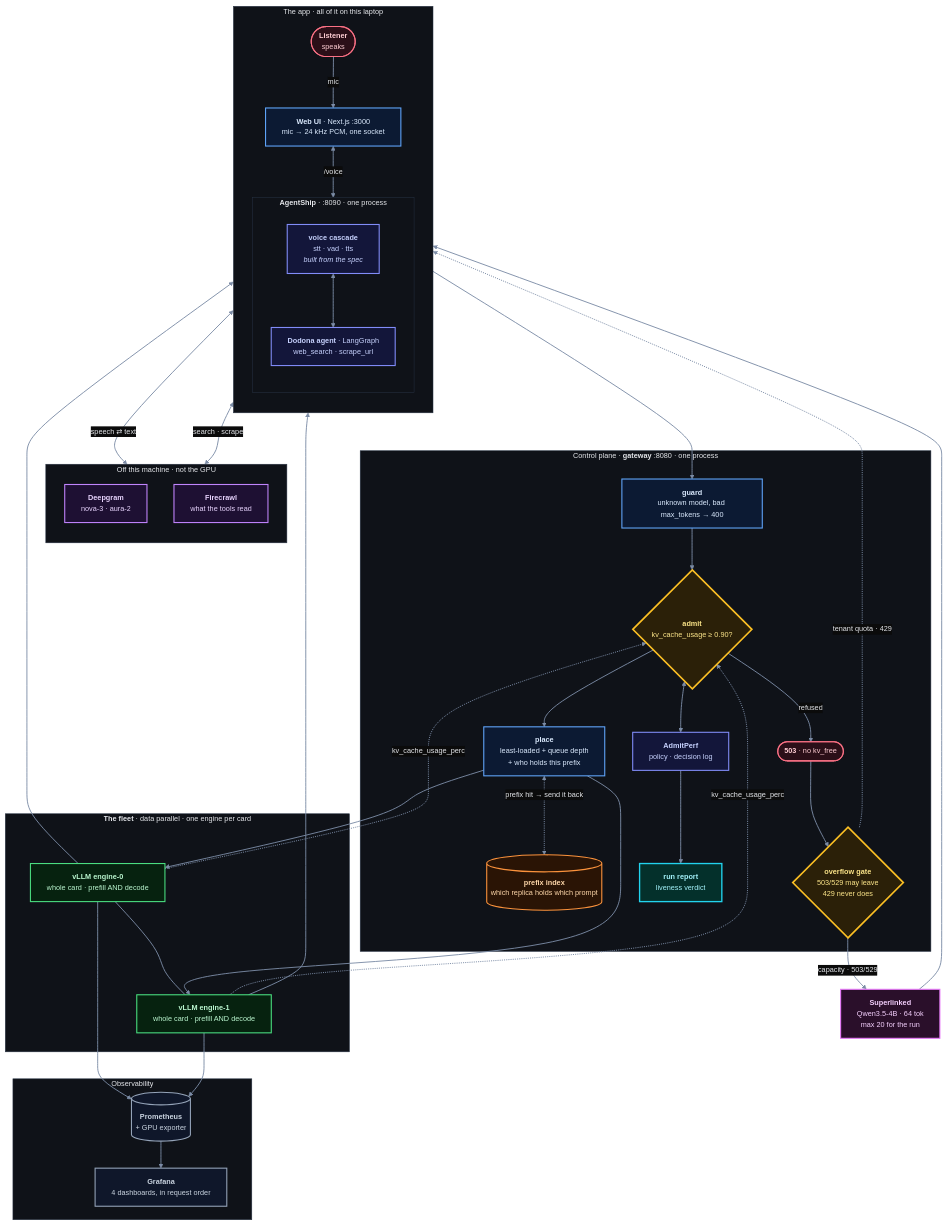
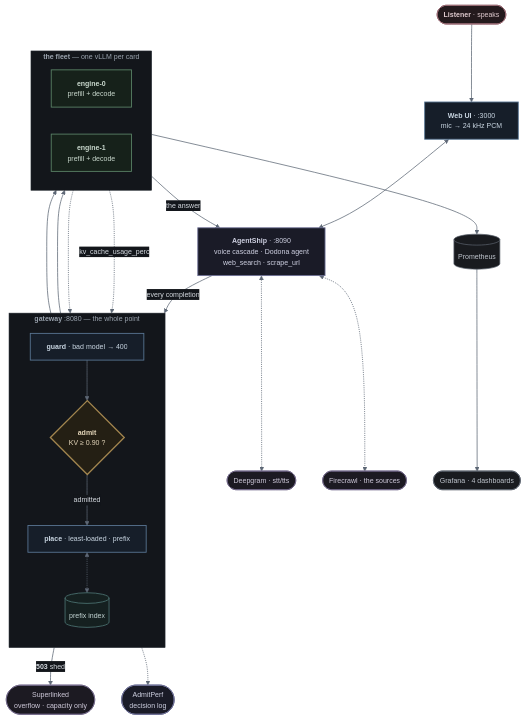
The diagram in README.md (harshuljain13/Dodona), drawn with Mermaid before and after one commit. The commit also changed other lines of this file, not shown here.

````diff
--- a/README.md
+++ b/README.md
@@ -36,113 +36,72 @@
 ```mermaid
 %%{init: {'theme':'base','themeVariables':{
-  'darkMode':true,'background':'#0B0B0B',
-  'fontFamily':'Helvetica, Arial, sans-serif','fontSize':'13.5px',
-  'primaryColor':'#111827','primaryTextColor':'#E5E7EB','primaryBorderColor':'#475569',
-  'lineColor':'#7C8CA6','textColor':'#E5E7EB','titleColor':'#E5E7EB',
-  'clusterBkg':'#0F1218','clusterBorder':'#263142','edgeLabelBackground':'#0B0B0B'
+  'darkMode':true,'background':'#0E1013',
+  'fontFamily':'ui-sans-serif, -apple-system, Helvetica, Arial, sans-serif','fontSize':'13px',
+  'primaryColor':'#171A1F','primaryTextColor':'#D6DBE1','primaryBorderColor':'#3A424D',
+  'lineColor':'#5E6876','textColor':'#D6DBE1','titleColor':'#9BA4AF',
+  'clusterBkg':'#13161B','clusterBorder':'#252B33','edgeLabelBackground':'#13161B'
 }}}%%
 flowchart TD
-    subgraph CL["The app · all of it on this laptop"]
+    L(["<b>Listener</b> · speaks"]) --> WEB
+
+    WEB["<b>Web UI</b> · :3000<br/>mic → 24 kHz PCM"]
+    AG["<b>AgentShip</b> · :8090<br/>voice cascade · Dodona agent<br/>web_search · scrape_url"]
+    WEB <--> AG
+
+    DG(["Deepgram · stt/tts"])
+    WB(["Firecrawl · the sources"])
+    AG <-.-> DG
+    AG <-.-> WB
+
+    AG ==>|"every completion"| GD
+
+    subgraph GW["<b>gateway</b> :8080 — the whole point"]
       direction TB
-      L(["<b>Listener</b><br/>speaks"])
-      WEB["<b>Web UI</b> · Next.js :3000<br/>mic → 24 kHz PCM, one socket"]
-      subgraph AS["<b>AgentShip</b> · :8090 · one process"]
-        direction TB
-        VC["<b>voice cascade</b><br/>stt · vad · tts<br/><i>built from the spec</i>"]
-        AG["<b>Dodona agent</b> · LangGraph<br/>web_search · scrape_url"]
-        VC <--> AG
-      end
-      L -->|"mic"| WEB
-      WEB <-->|"/voice"| VC
+      GD["<b>guard</b> · bad model → 400"]
+      AD{"<b>admit</b><br/>KV ≥ 0.90 ?"}
+      PL["<b>place</b> · least-loaded · prefix"]
+      IX[("prefix index")]
+      GD --> AD
+      AD ==>|"admitted"| PL
+      PL <-.-> IX
     end
 
-    subgraph EXT["Off this machine · not the GPU"]
-      direction TB
-      DG["<b>Deepgram</b><br/>nova-3 · aura-2"]
-      WB["<b>Firecrawl</b><br/>what the tools read"]
+    AD -->|"<b>503</b> shed"| SL(["Superlinked<br/>overflow · capacity only"])
+    AD -.-> AP(["AdmitPerf<br/>decision log"])
+
+    subgraph FLEET["<b>the fleet</b> — one vLLM per card"]
+      direction LR
+      D0["<b>engine-0</b><br/>prefill + decode"]
+      D1["<b>engine-1</b><br/>prefill + decode"]
     end
 
-    VC <-->|"speech ⇄ text"| DG
-    AG <-->|"search · scrape"| WB
+    PL ==> D0
+    PL ==> D1
+    D0 -.->|"kv_cache_usage_perc"| AD
+    D1 -.-> AD
+    FLEET ==>|"the answer"| AG
 
-    subgraph GW["Control plane · <b>gateway</b> :8080 · one process"]
-      GD["<b>guard</b><br/>unknown model, bad max_tokens → 400"]
-      AD{"<b>admit</b><br/>kv_cache_usage ≥ 0.90?"}
-      PL["<b>place</b><br/>least-loaded + queue depth<br/>+ who holds this prefix"]
-      GD --> AD --> PL
-      AP["<b>AdmitPerf</b><br/>policy · decision log"]
-      IX[("<b>prefix index</b><br/>which replica holds which prompt")]
-      RF(["<b>503</b> · no kv_free"])
-      OV{"<b>overflow gate</b><br/>503/529 may leave<br/>429 never does"}
-      RP["<b>run report</b><br/>liveness verdict"]
-    end
+    FLEET --> PM[("Prometheus")] --> GF(["Grafana · 4 dashboards"])
 
-    subgraph FLEET["<b>The fleet</b> · data parallel · one engine per card"]
-      D0["<b>vLLM engine-0</b><br/>whole card · prefill AND decode"]
-      D1["<b>vLLM engine-1</b><br/>whole card · prefill AND decode"]
-      D0 ~~~ D1
-    end
-
-    SL["<b>Superlinked</b><br/>Qwen3.5-4B · 64 tok<br/>max 20 for the run"]
-
-    subgraph OPS["Observability"]
-      PM[("<b>Prometheus</b><br/>+ GPU exporter")]
-      GF["<b>Grafana</b><br/>4 dashboards, in request order"]
-      PM --> GF
-    end
-
-    AG --> GD
-    PL --> D0
-    PL --> D1
-    PL <-.->|"prefix hit → send it back"| IX
-    D0 --> AG
-    D1 --> AG
-    AD -->|"refused"| RF
-    RF --> OV
-    OV -->|"capacity · 503/529"| SL
-    OV -.->|"tenant quota · 429"| AG
-    SL --> AG
-    AD <--> AP
-    AP --> RP
-    D0 -.->|"kv_cache_usage_perc"| AD
-    D1 -.->|"kv_cache_usage_perc"| AD
-    D0 --> PM
-    D1 --> PM
-
-    class L,RF actor
-    class DG,WB ext
-    class GD,PL,WEB ours
-    class AD gate
+    class L human
+    class WEB,GD,PL ours
+    class AG,AP lib
+    class AD decision
     class D0,D1 engine
     class IX store
-    class AP,AG,VC lib
-    class OV gate
-    class SL overflow
-    class PM,GF obs
-    class RP out
+    class DG,WB,SL offbox
+    class PM,GF watch
 
-    classDef actor    fill:#2B0F18,stroke:#FB7185,stroke-width:2px,color:#FECDD3
-    classDef input    fill:#2B0F18,stroke:#FB7185,stroke-width:2px,color:#FECDD3
-    classDef ext      fill:#1E1033,stroke:#C084FC,stroke-width:2px,color:#E9D5FF
-    classDef accent   fill:#1E1033,stroke:#C084FC,stroke-width:2px,color:#E9D5FF
-    classDef ours     fill:#0C1A33,stroke:#60A5FA,stroke-width:2px,color:#DBEAFE
-    classDef primary  fill:#0C1A33,stroke:#60A5FA,stroke-width:2px,color:#DBEAFE
-    classDef alt      fill:#0C1A33,stroke:#60A5FA,stroke-width:2px,color:#DBEAFE
-    classDef gate     fill:#2B2008,stroke:#FBBF24,stroke-width:3px,color:#FDE68A
-    classDef decision fill:#2B2008,stroke:#FBBF24,stroke-width:3px,color:#FDE68A
-    classDef engine   fill:#06220F,stroke:#4ADE80,stroke-width:2px,color:#BBF7D0
-    classDef secondary fill:#06220F,stroke:#4ADE80,stroke-width:2px,color:#BBF7D0
-    classDef store    fill:#2A1405,stroke:#FB923C,stroke-width:2px,color:#FED7AA
-    classDef data     fill:#2A1405,stroke:#FB923C,stroke-width:2px,color:#FED7AA
-    classDef lib      fill:#13163A,stroke:#818CF8,stroke-width:2px,color:#C7D2FE
-    classDef highlight fill:#13163A,stroke:#818CF8,stroke-width:2px,color:#C7D2FE
-    classDef obs      fill:#0F172A,stroke:#94A3B8,stroke-width:2px,color:#CBD5E1
-    classDef neutral  fill:#0F172A,stroke:#94A3B8,stroke-width:2px,color:#CBD5E1
-    classDef overflow fill:#2A0F2A,stroke:#E879F9,stroke-width:2px,color:#F5D0FE
-    classDef out      fill:#04302B,stroke:#22D3EE,stroke-width:2.5px,color:#A5F3FC
-    classDef success  fill:#04302B,stroke:#22D3EE,stroke-width:2.5px,color:#A5F3FC
-    classDef pick     fill:#06220F,stroke:#4ADE80,stroke-width:3px,color:#BBF7D0
-    classDef dead     fill:#2B0F18,stroke:#F87171,stroke-width:2px,color:#FECACA
-    classDef note     fill:#0F1218,stroke:#475569,stroke-width:1.5px,color:#9FB0C9
-    linkStyle default stroke:#7C8CA6,stroke-width:1.7px
+    %% Six roles, and a colour only where the role changes how you read the box.
+    %% Muted on purpose: the old palette spent nine saturated accents, so
+    %% nothing stood out — including the one thing that should, a decision.
+    classDef human    fill:#241A1D,stroke:#9A6B74,stroke-width:1.6px,color:#E0CBCF
+    classDef ours     fill:#161E29,stroke:#5A7795,stroke-width:1.6px,color:#CBD8E4
+    classDef lib      fill:#1A1B27,stroke:#6E7096,stroke-width:1.6px,color:#CFD1E2
+    classDef decision fill:#241F14,stroke:#A3864F,stroke-width:2.4px,color:#E6D8BC
+    classDef engine   fill:#16211A,stroke:#5B8468,stroke-width:1.6px,color:#CAD9CE
+    classDef store    fill:#152020,stroke:#537E7C,stroke-width:1.4px,color:#C6D7D6
+    classDef offbox   fill:#1C1A22,stroke:#726889,stroke-width:1.3px,color:#CFCADA
+    classDef watch    fill:#191B1F,stroke:#5C646F,stroke-width:1.3px,color:#C0C6CE
+    linkStyle default stroke:#5E6876,stroke-width:1.4px
 ```
````
